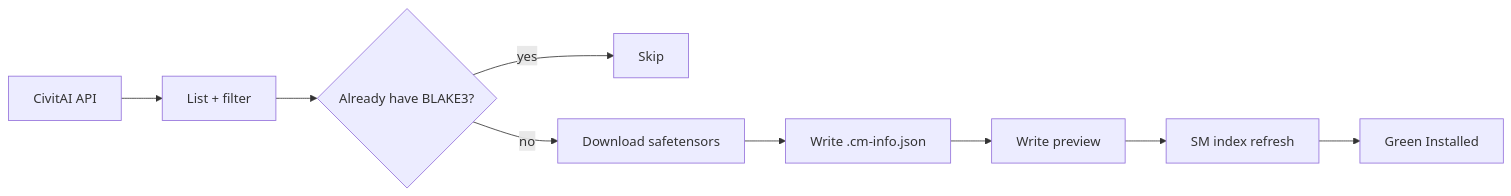
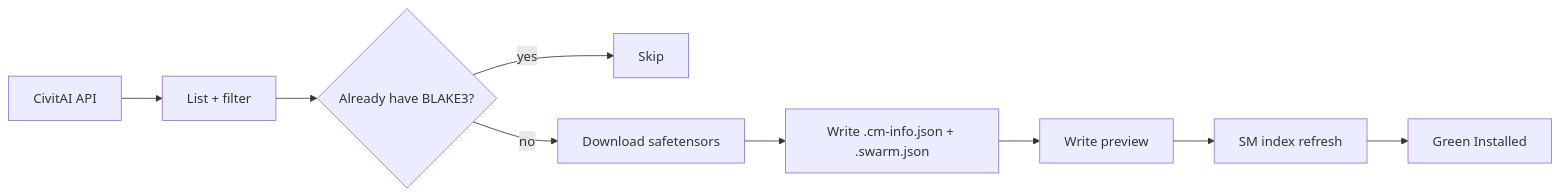
The diagram in README.md (ArturoWolff/CivitMatrix), drawn with Mermaid before and after one commit. The commit also changed other lines of this file and 10 other files, not shown here.

````diff
--- a/README.md
+++ b/README.md
@@ -44,11 +44,11 @@
 ```mermaid
 flowchart LR
   A[CivitAI API] --> B[List + filter]
   B --> C{Already have BLAKE3?}
   C -->|yes| D[Skip]
   C -->|no| E[Download safetensors]
-  E --> F[Write .cm-info.json]
+  E --> F[Write .cm-info.json + .swarm.json]
   F --> G[Write preview]
   G --> H[SM index refresh]
   H --> I[Green Installed]
 ```
````
